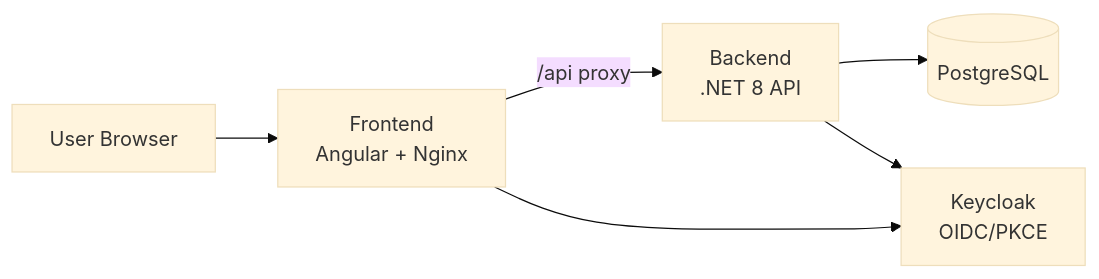
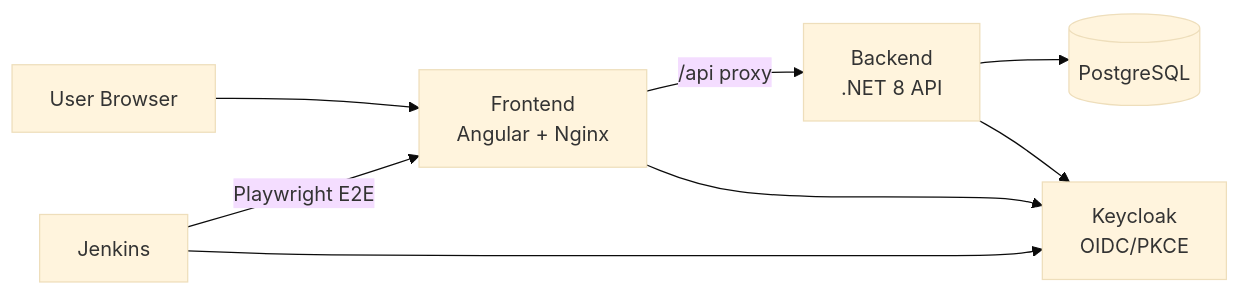
Before and after one commit to maguiarr/Helpdesk: the diagram in README.md, drawn with Mermaid (base theme). The commit also changed other lines of this file, not shown here.

````diff
--- a/README.md
+++ b/README.md
@@ -7,8 +7,10 @@
 ```mermaid
 graph LR
     U[User Browser] --> FE[Frontend<br/>Angular + Nginx]
     FE -->|/api proxy| BE[Backend<br/>.NET 8 API]
     BE --> DB[(PostgreSQL)]
     FE --> KC[Keycloak<br/>OIDC/PKCE]
     BE --> KC
+    JK[Jenkins] -->|Playwright E2E| FE
+    JK --> KC
 ```
````
